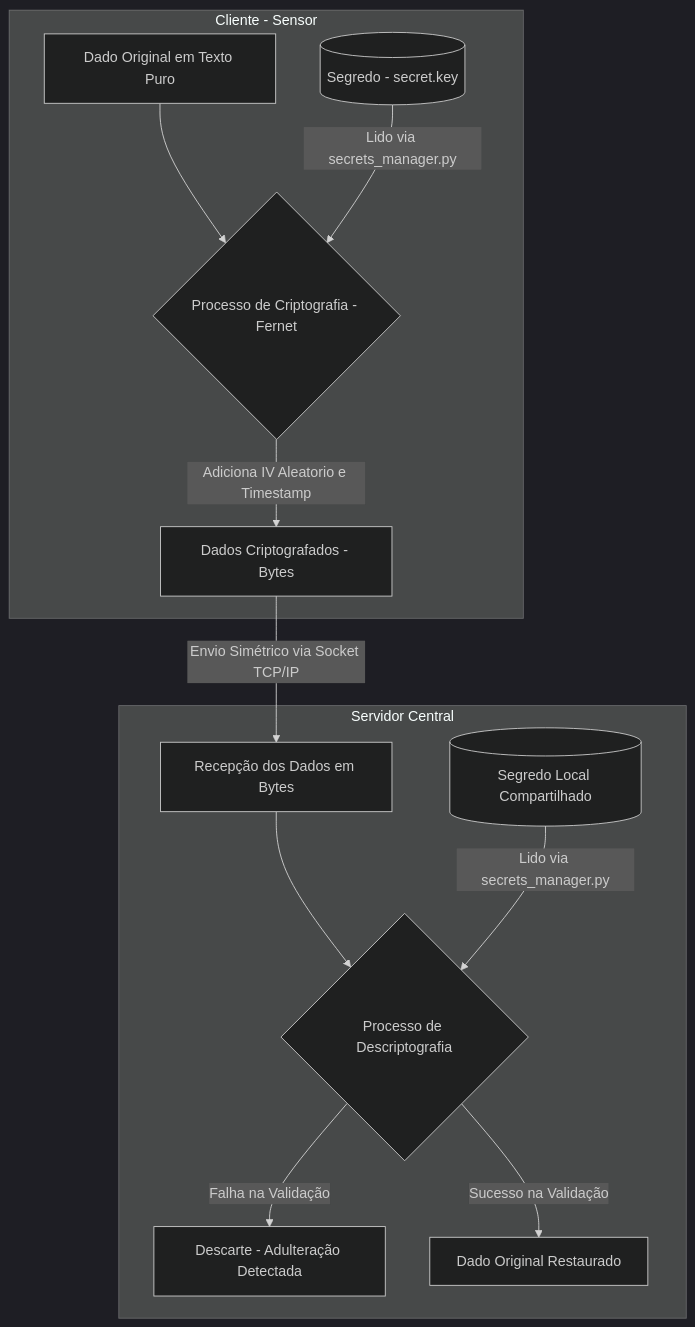
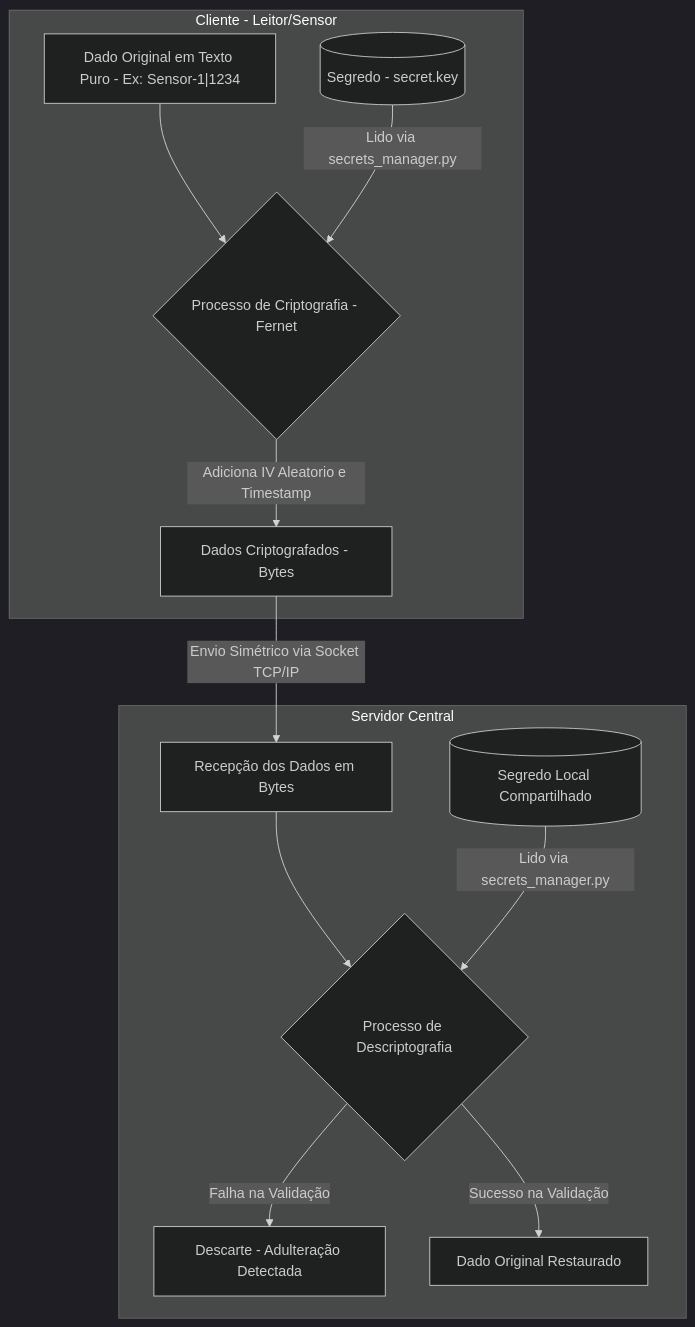
One commit to giovanisims/PUCPR changed the diagram in periodo5/seguranca/cripto/README.md. Above: the diagram before and after it, drawn with Mermaid (dark theme). The commit also changed 5 other files, not shown here.

````diff
--- a/periodo5/seguranca/cripto/README.md
+++ b/periodo5/seguranca/cripto/README.md
@@ -1,17 +1,17 @@
 ```mermaid
 flowchart TD
-    subgraph Cliente [Cliente - Sensor]
-        A[Dado Original em Texto Puro] --> C{Processo de Criptografia - Fernet}
+    subgraph Cliente [Cliente - Leitor/Sensor]
+        A["Dado Original em Texto Puro - Ex: Sensor-1|1234"] --> C{Processo de Criptografia - Fernet}
         B[(Segredo - secret.key)] -->|Lido via secrets_manager.py| C
         C -->|Adiciona IV Aleatorio e Timestamp| D[Dados Criptografados - Bytes]
     end
 
     D -->|Envio Simétrico via Socket TCP/IP| E
 
     subgraph Servidor [Servidor Central]
         E[Recepção dos Dados em Bytes] --> F{Processo de Descriptografia}
         G[(Segredo Local Compartilhado)] -->|Lido via secrets_manager.py| F
         F -->|Falha na Validação| H[Descarte - Adulteração Detectada]
         F -->|Sucesso na Validação| I[Dado Original Restaurado]
     end
 ```
````
